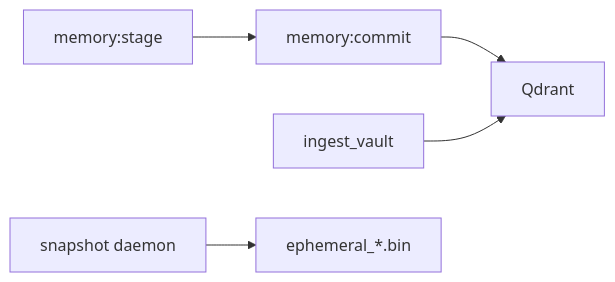
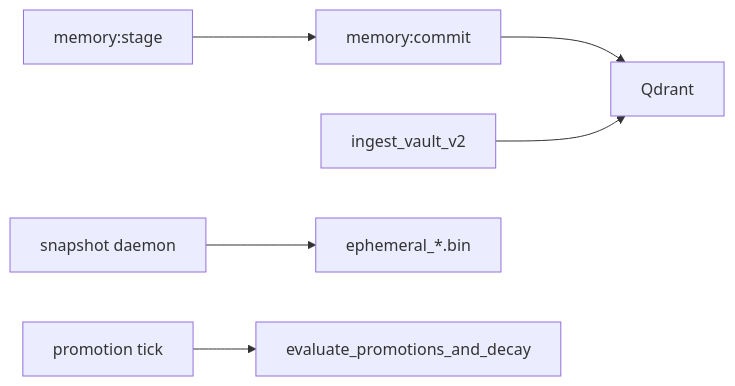
Before and after one commit to janpauldahlke/eris: the diagram in docs/updated_architecture/04_MEMORY_SUBSYSTEM.md, drawn with Mermaid. The commit also changed other lines of this file and 15 other files, not shown here.

````diff
--- a/docs/updated_architecture/04_MEMORY_SUBSYSTEM.md
+++ b/docs/updated_architecture/04_MEMORY_SUBSYSTEM.md
@@ -37,7 +41,8 @@
 ```mermaid
 flowchart LR
     ST["memory:stage"] --> CA["memory:commit"]
     CA --> Q["Qdrant"]
-    ING["ingest_vault"] --> Q
+    ING["ingest_vault_v2"] --> Q
     SN["snapshot daemon"] --> BIN["ephemeral_*.bin"]
+    PR["promotion tick"] --> EV["evaluate_promotions_and_decay"]
 ```
````
